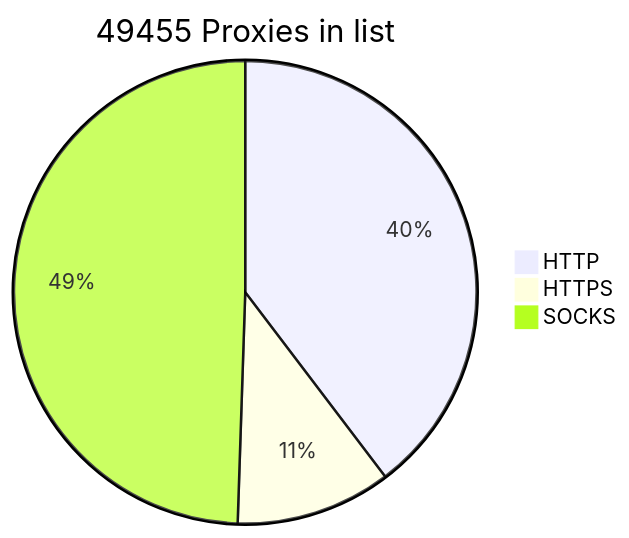
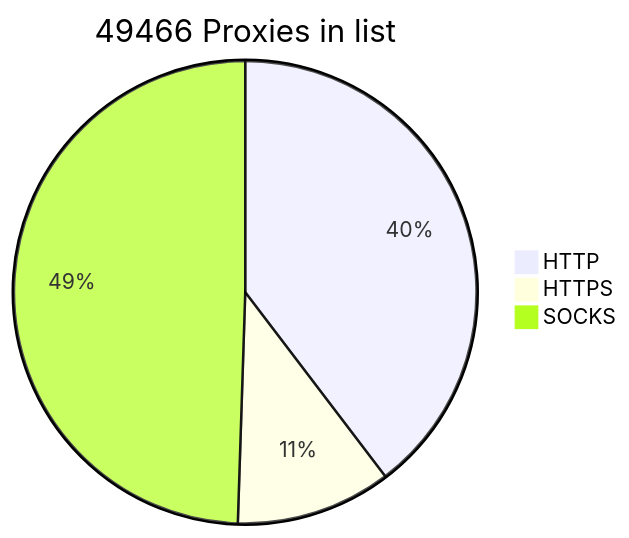
The diagram in README.md (BlackSnowDot/proxylist-update-every-minute), drawn with Mermaid before and after one commit.

````diff
--- a/README.md
+++ b/README.md
@@ -2,6 +2,6 @@
 ```mermaid
-pie title 49455 Proxies in list
+pie title 49466 Proxies in list
     "HTTP" : 21695
     "HTTPS": 5941
-    "SOCKS" : 27064
+    "SOCKS" : 27075
 ```
````
